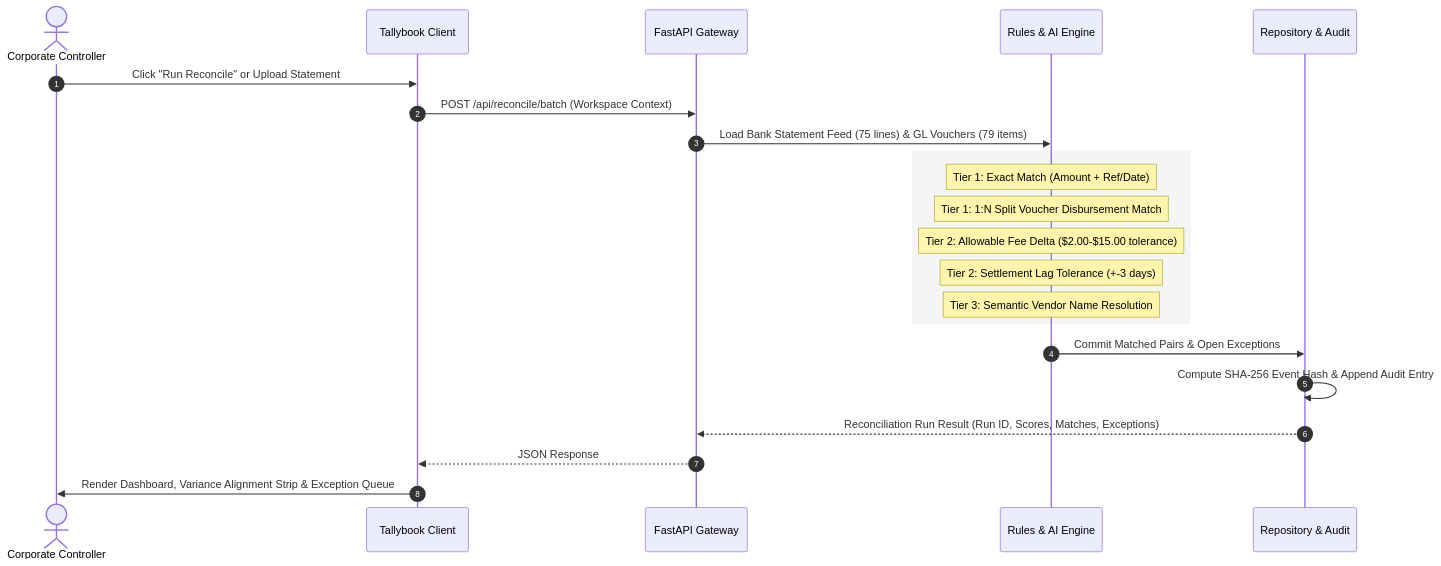
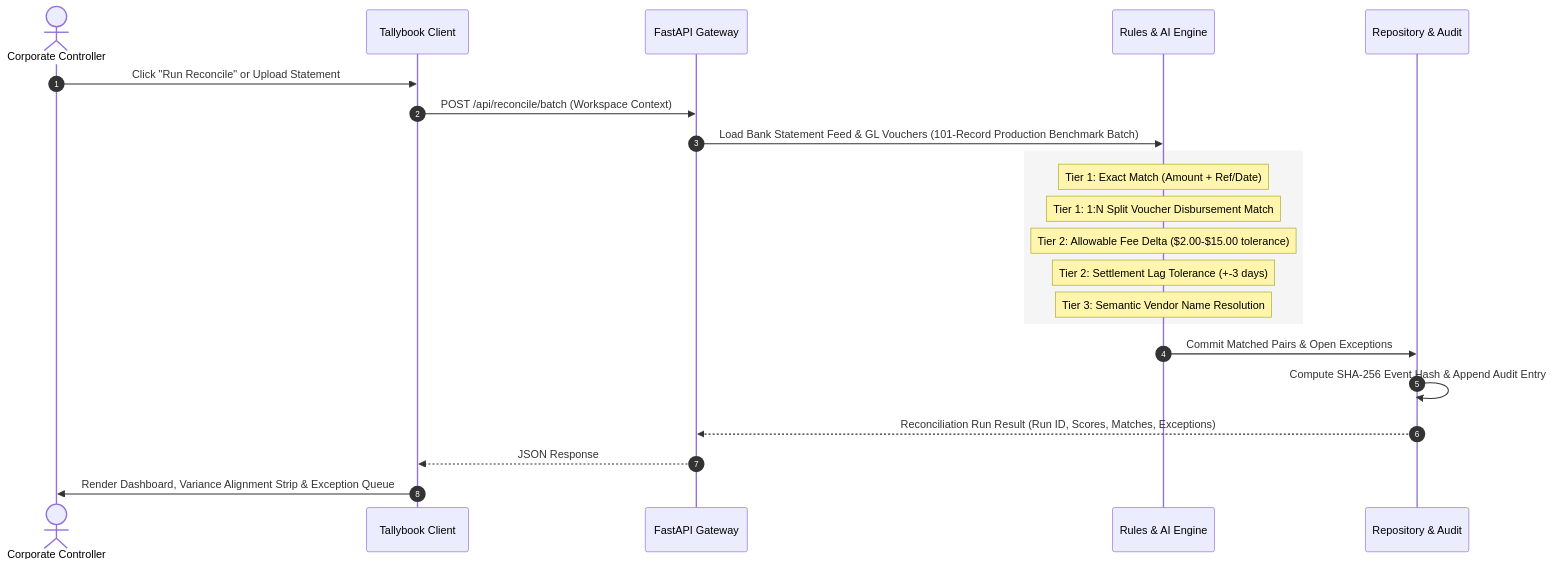
Before and after one commit to MazedOut/TallyBook_Ai_Finance_Controller: the second of 2 diagrams in docs/01_SYSTEM_ARCHITECTURE.md, drawn with Mermaid. The commit also changed 6 other files, not shown here.

````diff
--- a/docs/01_SYSTEM_ARCHITECTURE.md
+++ b/docs/01_SYSTEM_ARCHITECTURE.md
@@ -80,27 +80,27 @@
 ```mermaid
 sequenceDiagram
     autonumber
     actor Controller as Corporate Controller
     participant Web as Tallybook Client
     participant API as FastAPI Gateway
     participant Engine as Rules & AI Engine
     participant Repo as Repository & Audit
 
     Controller->>Web: Click "Run Reconcile" or Upload Statement
     Web->>API: POST /api/reconcile/batch (Workspace Context)
-    API->>Engine: Load Bank Statement Feed (75 lines) & GL Vouchers (79 items)
+    API->>Engine: Load Bank Statement Feed & GL Vouchers (101-Record Production Benchmark Batch)
     
     rect rgb(245, 245, 245)
         Note over Engine: Tier 1: Exact Match (Amount + Ref/Date)
         Note over Engine: Tier 1: 1:N Split Voucher Disbursement Match
         Note over Engine: Tier 2: Allowable Fee Delta ($2.00-$15.00 tolerance)
         Note over Engine: Tier 2: Settlement Lag Tolerance (+-3 days)
         Note over Engine: Tier 3: Semantic Vendor Name Resolution
     end
 
     Engine->>Repo: Commit Matched Pairs & Open Exceptions
     Repo->>Repo: Compute SHA-256 Event Hash & Append Audit Entry
     Repo-->>API: Reconciliation Run Result (Run ID, Scores, Matches, Exceptions)
     API-->>Web: JSON Response
     Web->>Controller: Render Dashboard, Variance Alignment Strip & Exception Queue
 ```
````
